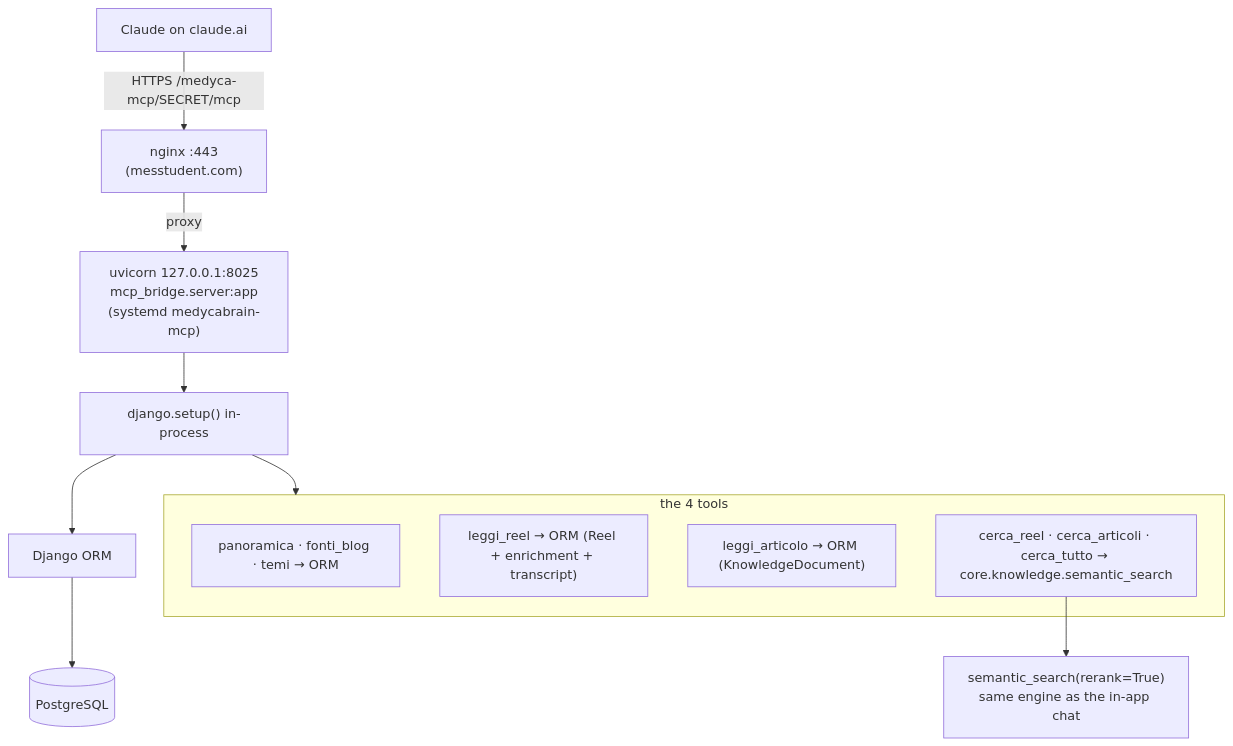
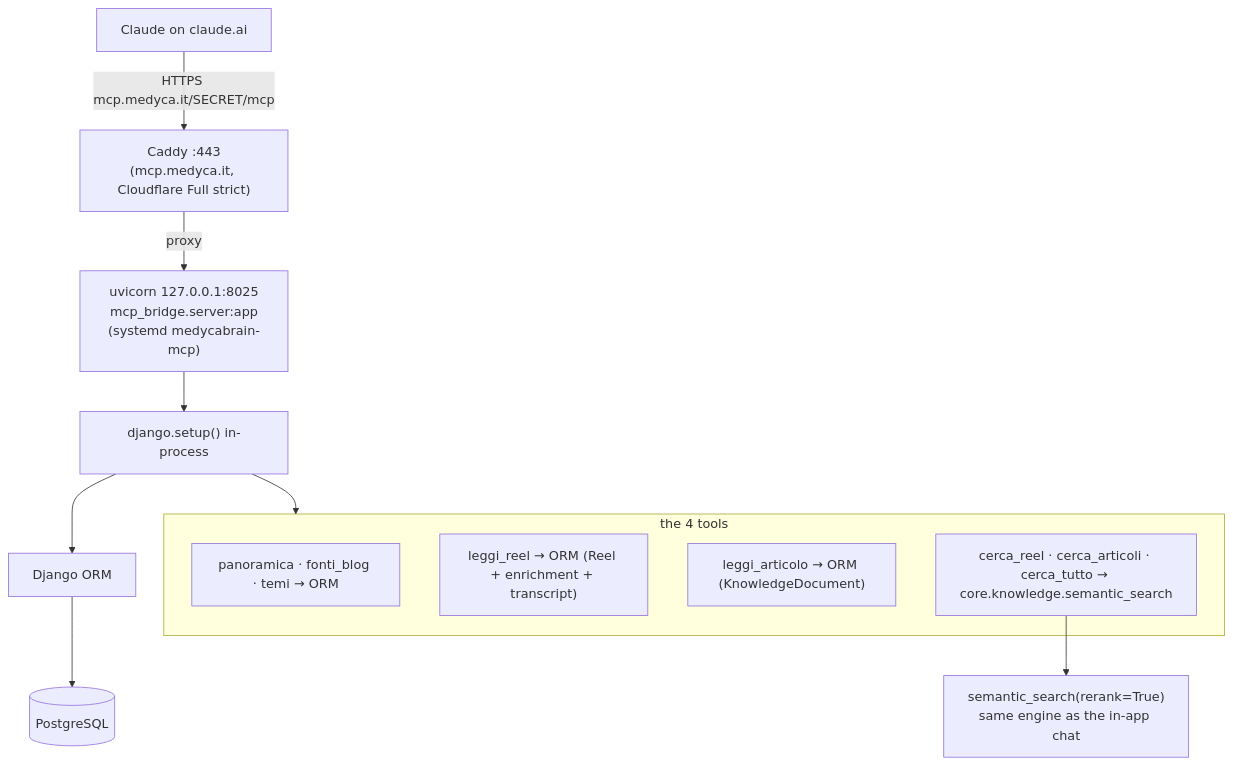
The diagram in documentation/low-level/04-mcp-connector.md (Giuseppescaffid1/medycabrain), drawn with Mermaid before and after one commit. The commit also changed other lines of this file and 4 other files, not shown here.

````diff
--- a/documentation/low-level/04-mcp-connector.md
+++ b/documentation/low-level/04-mcp-connector.md
@@ -38,16 +38,16 @@
 ```mermaid
 flowchart TD
-    Claude["Claude on claude.ai"] -->|"HTTPS /medyca-mcp/SECRET/mcp"| NG["nginx :443<br/>(messtudent.com)"]
+    Claude["Claude on claude.ai"] -->|"HTTPS mcp.medyca.it/SECRET/mcp"| NG["Caddy :443<br/>(mcp.medyca.it, Cloudflare Full strict)"]
     NG -->|"proxy"| U["uvicorn 127.0.0.1:8025<br/>mcp_bridge.server:app<br/>(systemd medycabrain-mcp)"]
     U --> DJ["django.setup() in-process"]
     DJ --> ORM["Django ORM"]
     ORM --> PG[("PostgreSQL")]
     subgraph tools["the 4 tools"]
         t1["panoramica · fonti_blog · temi → ORM"]
         t2["leggi_reel → ORM (Reel + enrichment + transcript)"]
         t3["leggi_articolo → ORM (KnowledgeDocument)"]
         t4["cerca_reel · cerca_articoli · cerca_tutto → core.knowledge.semantic_search"]
     end
     DJ --> tools
     t4 --> KN["semantic_search(rerank=True)<br/>same engine as the in-app chat"]
 ```
````
